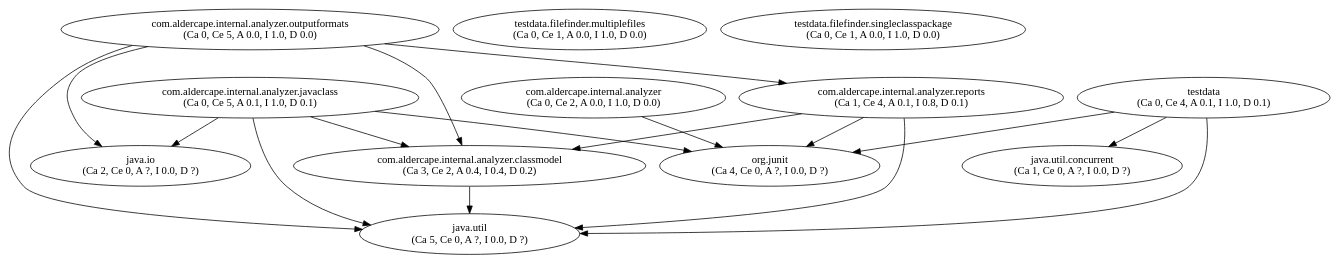
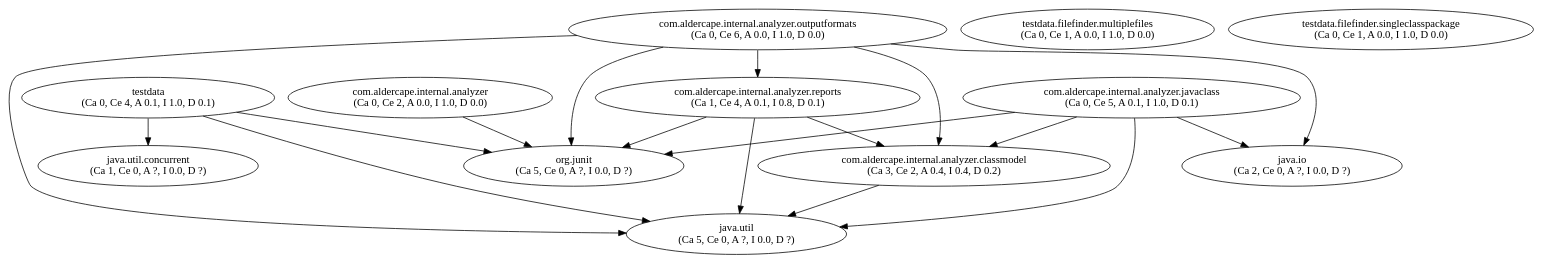
One commit to AlderCape/Analyzer changed the diagram in project.dot. Above: the diagram before and after it, drawn with Graphviz. The commit also changed 6 other files, not shown here.

```diff
--- a/project.dot
+++ b/project.dot
@@ -1,30 +1,31 @@
 digraph G {
 "com.aldercape.internal.analyzer" [label="com.aldercape.internal.analyzer\n(Ca 0, Ce 2, A 0.0, I 1.0, D 0.0)"];
 "com.aldercape.internal.analyzer.classmodel" [label="com.aldercape.internal.analyzer.classmodel\n(Ca 3, Ce 2, A 0.4, I 0.4, D 0.2)"];
 "com.aldercape.internal.analyzer.javaclass" [label="com.aldercape.internal.analyzer.javaclass\n(Ca 0, Ce 5, A 0.1, I 1.0, D 0.1)"];
-"com.aldercape.internal.analyzer.outputformats" [label="com.aldercape.internal.analyzer.outputformats\n(Ca 0, Ce 5, A 0.0, I 1.0, D 0.0)"];
+"com.aldercape.internal.analyzer.outputformats" [label="com.aldercape.internal.analyzer.outputformats\n(Ca 0, Ce 6, A 0.0, I 1.0, D 0.0)"];
 "com.aldercape.internal.analyzer.reports" [label="com.aldercape.internal.analyzer.reports\n(Ca 1, Ce 4, A 0.1, I 0.8, D 0.1)"];
 "java.io" [label="java.io\n(Ca 2, Ce 0, A ?, I 0.0, D ?)"];
 "java.util" [label="java.util\n(Ca 5, Ce 0, A ?, I 0.0, D ?)"];
 "java.util.concurrent" [label="java.util.concurrent\n(Ca 1, Ce 0, A ?, I 0.0, D ?)"];
-"org.junit" [label="org.junit\n(Ca 4, Ce 0, A ?, I 0.0, D ?)"];
+"org.junit" [label="org.junit\n(Ca 5, Ce 0, A ?, I 0.0, D ?)"];
 "testdata" [label="testdata\n(Ca 0, Ce 4, A 0.1, I 1.0, D 0.1)"];
 "testdata.filefinder.multiplefiles" [label="testdata.filefinder.multiplefiles\n(Ca 0, Ce 1, A 0.0, I 1.0, D 0.0)"];
 "testdata.filefinder.singleclasspackage" [label="testdata.filefinder.singleclasspackage\n(Ca 0, Ce 1, A 0.0, I 1.0, D 0.0)"];
 "com.aldercape.internal.analyzer" -> "org.junit";
 "com.aldercape.internal.analyzer.classmodel" -> "java.util";
 "com.aldercape.internal.analyzer.javaclass" -> "com.aldercape.internal.analyzer.classmodel";
 "com.aldercape.internal.analyzer.javaclass" -> "java.io";
 "com.aldercape.internal.analyzer.javaclass" -> "java.util";
 "com.aldercape.internal.analyzer.javaclass" -> "org.junit";
 "com.aldercape.internal.analyzer.outputformats" -> "com.aldercape.internal.analyzer.classmodel";
 "com.aldercape.internal.analyzer.outputformats" -> "com.aldercape.internal.analyzer.reports";
 "com.aldercape.internal.analyzer.outputformats" -> "java.io";
 "com.aldercape.internal.analyzer.outputformats" -> "java.util";
+"com.aldercape.internal.analyzer.outputformats" -> "org.junit";
 "com.aldercape.internal.analyzer.reports" -> "com.aldercape.internal.analyzer.classmodel";
 "com.aldercape.internal.analyzer.reports" -> "java.util";
 "com.aldercape.internal.analyzer.reports" -> "org.junit";
 "testdata" -> "java.util";
 "testdata" -> "java.util.concurrent";
 "testdata" -> "org.junit";
 }
```
